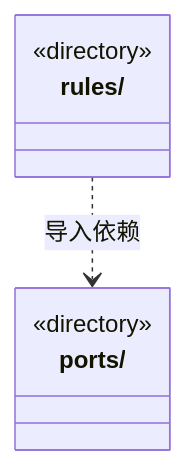
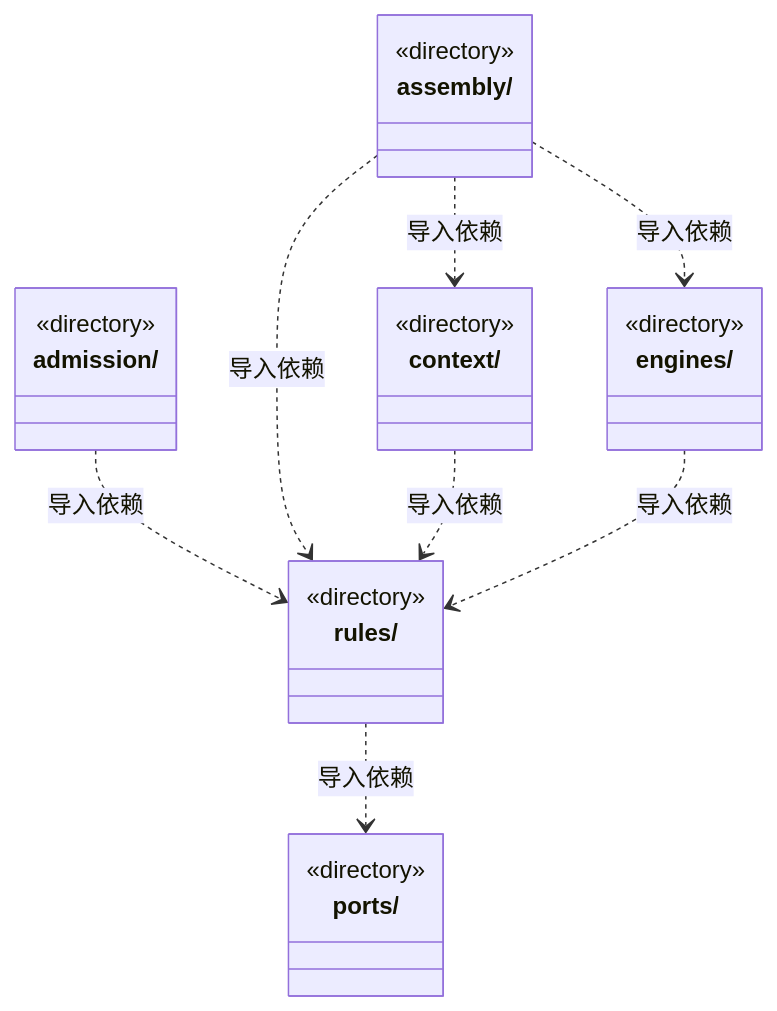
The diagram in src/logic/execution/ARCHITECTURE.md (nan023062/cbim), drawn with Mermaid before and after one commit. The commit also changed other lines of this file and 456 other files, not shown here.

````diff
--- a/src/logic/execution/ARCHITECTURE.md
+++ b/src/logic/execution/ARCHITECTURE.md
@@ -15,10 +15,28 @@
 ```mermaid
 classDiagram
+class N_src_logic_execution_admission["admission/"] {
+  <<directory>>
+}
+class N_src_logic_execution_assembly["assembly/"] {
+  <<directory>>
+}
+class N_src_logic_execution_context["context/"] {
+  <<directory>>
+}
+class N_src_logic_execution_engines["engines/"] {
+  <<directory>>
+}
 class N_src_logic_execution_ports["ports/"] {
   <<directory>>
 }
 class N_src_logic_execution_rules["rules/"] {
   <<directory>>
 }
+N_src_logic_execution_admission ..> N_src_logic_execution_rules : 导入依赖
+N_src_logic_execution_assembly ..> N_src_logic_execution_context : 导入依赖
+N_src_logic_execution_assembly ..> N_src_logic_execution_rules : 导入依赖
+N_src_logic_execution_assembly ..> N_src_logic_execution_engines : 导入依赖
+N_src_logic_execution_context ..> N_src_logic_execution_rules : 导入依赖
+N_src_logic_execution_engines ..> N_src_logic_execution_rules : 导入依赖
 N_src_logic_execution_rules ..> N_src_logic_execution_ports : 导入依赖
 ```
````
